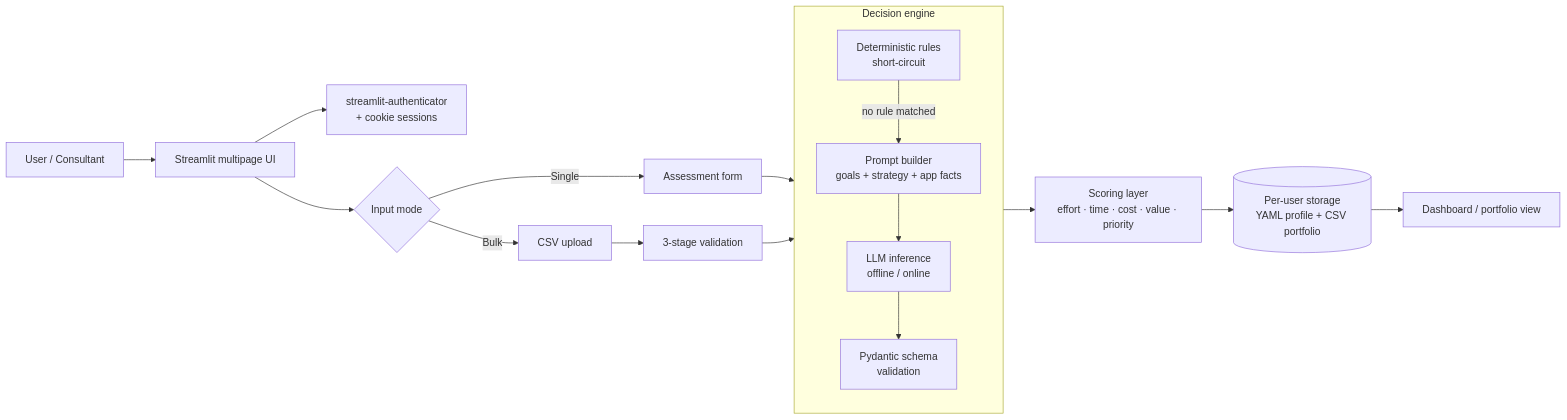
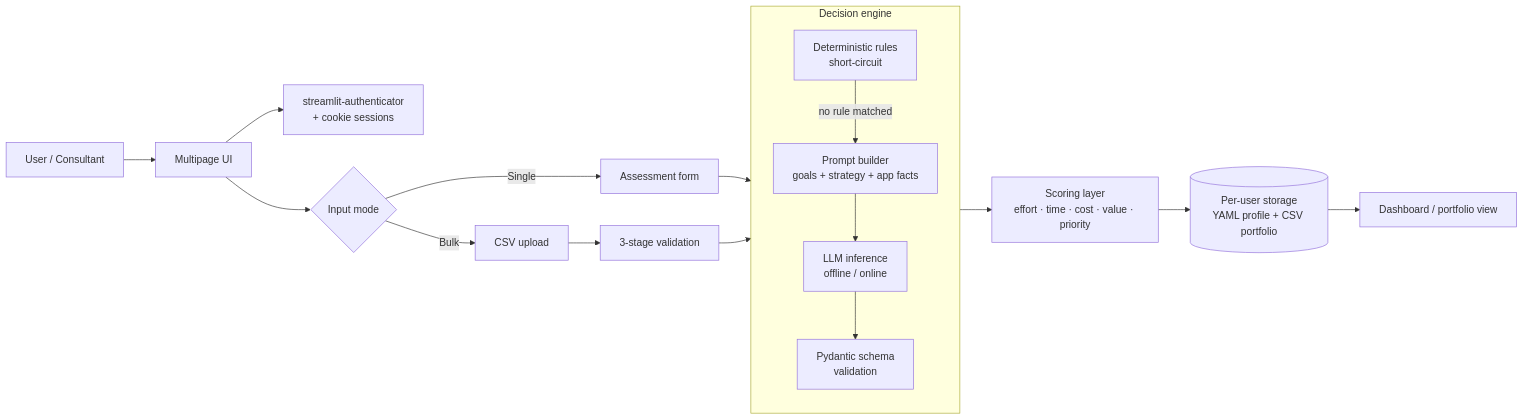
One commit to filbezerianos/portfolio-deep-dives changed the diagram in projects/al-cloud-migrator-technical-deep-dive.md. Above: the diagram before and after it, drawn with Mermaid. The commit also changed other lines of this file, not shown here.

````diff
--- a/projects/al-cloud-migrator-technical-deep-dive.md
+++ b/projects/al-cloud-migrator-technical-deep-dive.md
@@ -19,20 +16,20 @@
 ```mermaid
 flowchart LR
-    U[User / Consultant] --> UI[Streamlit multipage UI]
+    U[User / Consultant] --> UI[Multipage UI]
     UI --> AUTH[streamlit-authenticator<br/>+ cookie sessions]
     UI --> IN{Input mode}
     IN -->|Single| F[Assessment form]
     IN -->|Bulk| CSV[CSV upload]
     CSV --> VAL[3-stage validation]
     F --> ENG
     VAL --> ENG
     subgraph ENG[Decision engine]
         direction TB
         R[Deterministic rules<br/>short-circuit] -->|no rule matched| P[Prompt builder<br/>goals + strategy + app facts]
         P --> L[LLM inference<br/>offline / online]
         L --> S[Pydantic schema<br/>validation]
     end
     ENG --> SC[Scoring layer<br/>effort · time · cost · value · priority]
     SC --> ST[(Per-user storage<br/>YAML profile + CSV portfolio)]
     ST --> DASH[Dashboard / portfolio view]
 ```
````
